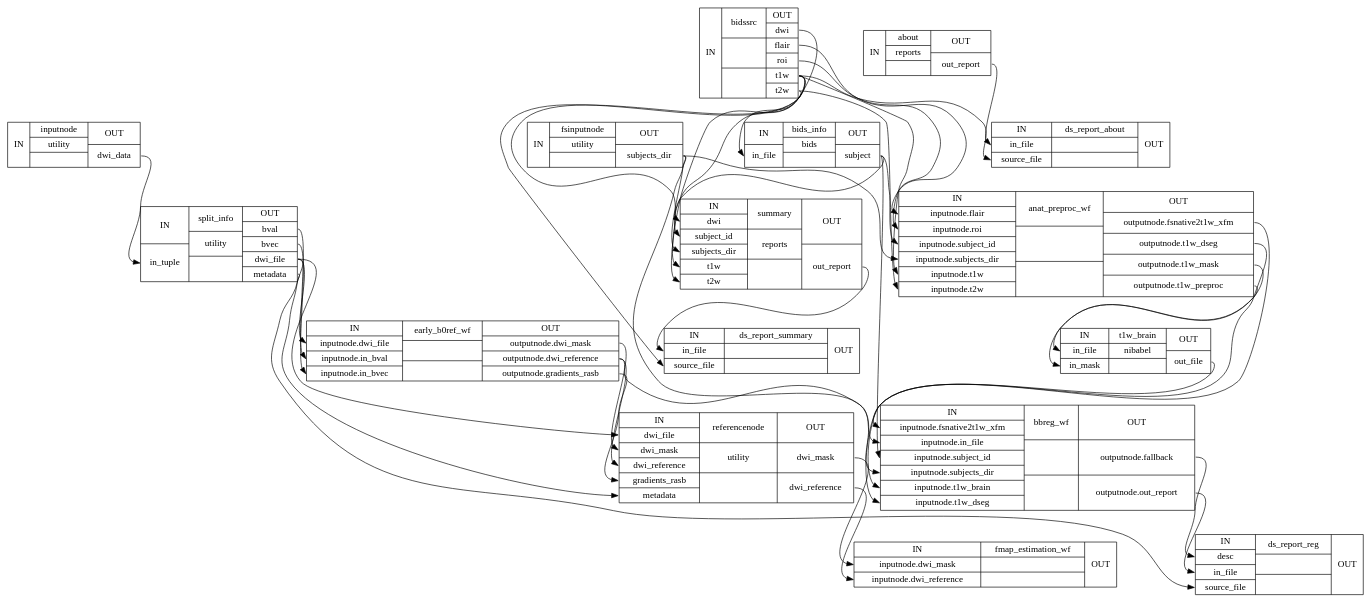
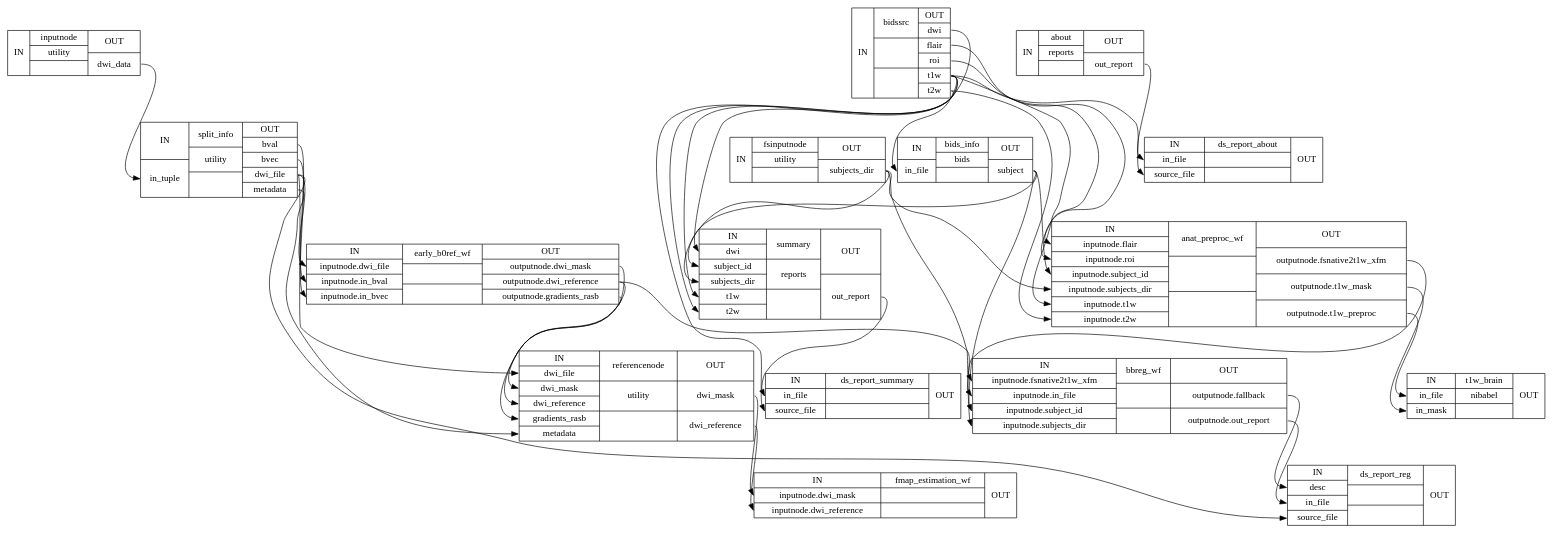
Before and after one commit to nipreps/dmriprep: the diagram in wf_directive/api/single_subject_THP0005_wf/dmriprep-workflows-base-2_detailed.dot, drawn with Graphviz. The commit also changed 283 other files, not shown here.

```diff
--- a/wf_directive/api/single_subject_THP0005_wf/dmriprep-workflows-base-2_detailed.dot
+++ b/wf_directive/api/single_subject_THP0005_wf/dmriprep-workflows-base-2_detailed.dot
@@ -1,57 +1,55 @@
 digraph structs {
 node [shape=record];
 single_subject_THP0005_wfinputnode [label="{IN}|{ inputnode | utility |  }|{OUT|<outdwidata> dwi_data}"];
 single_subject_THP0005_wfsplit_info [label="{IN|<inintuple> in_tuple}|{ split_info | utility |  }|{OUT|<outbval> bval|<outbvec> bvec|<outdwifile> dwi_file|<outmetadata> metadata}"];
 single_subject_THP0005_wfearly_b0ref_wf [label="{IN|<ininputnodedwifile> inputnode.dwi_file|<ininputnodeinbval> inputnode.in_bval|<ininputnodeinbvec> inputnode.in_bvec}|{ early_b0ref_wf |  |  }|{OUT|<outoutputnodedwimask> outputnode.dwi_mask|<outoutputnodedwireference> outputnode.dwi_reference|<outoutputnodegradientsrasb> outputnode.gradients_rasb}"];
 single_subject_THP0005_wfreferencenode [label="{IN|<indwifile> dwi_file|<indwimask> dwi_mask|<indwireference> dwi_reference|<ingradientsrasb> gradients_rasb|<inmetadata> metadata}|{ referencenode | utility |  }|{OUT|<outdwimask> dwi_mask|<outdwireference> dwi_reference}"];
 single_subject_THP0005_wffmap_estimation_wf [label="{IN|<ininputnodedwimask> inputnode.dwi_mask|<ininputnodedwireference> inputnode.dwi_reference}|{ fmap_estimation_wf |  |  }|{OUT}"];
 single_subject_THP0005_wfabout [label="{IN}|{ about | reports |  }|{OUT|<outoutreport> out_report}"];
 single_subject_THP0005_wfbidssrc [label="{IN}|{ bidssrc |  |  }|{OUT|<outdwi> dwi|<outflair> flair|<outroi> roi|<outt1w> t1w|<outt2w> t2w}"];
 single_subject_THP0005_wfds_report_about [label="{IN|<ininfile> in_file|<insourcefile> source_file}|{ ds_report_about |  |  }|{OUT}"];
 single_subject_THP0005_wfbids_info [label="{IN|<ininfile> in_file}|{ bids_info | bids |  }|{OUT|<outsubject> subject}"];
 single_subject_THP0005_wffsinputnode [label="{IN}|{ fsinputnode | utility |  }|{OUT|<outsubjectsdir> subjects_dir}"];
 single_subject_THP0005_wfsummary [label="{IN|<indwi> dwi|<insubjectid> subject_id|<insubjectsdir> subjects_dir|<int1w> t1w|<int2w> t2w}|{ summary | reports |  }|{OUT|<outoutreport> out_report}"];
 single_subject_THP0005_wfds_report_summary [label="{IN|<ininfile> in_file|<insourcefile> source_file}|{ ds_report_summary |  |  }|{OUT}"];
-single_subject_THP0005_wfanat_preproc_wf [label="{IN|<ininputnodeflair> inputnode.flair|<ininputnoderoi> inputnode.roi|<ininputnodesubjectid> inputnode.subject_id|<ininputnodesubjectsdir> inputnode.subjects_dir|<ininputnodet1w> inputnode.t1w|<ininputnodet2w> inputnode.t2w}|{ anat_preproc_wf |  |  }|{OUT|<outoutputnodefsnative2t1wxfm> outputnode.fsnative2t1w_xfm|<outoutputnodet1wdseg> outputnode.t1w_dseg|<outoutputnodet1wmask> outputnode.t1w_mask|<outoutputnodet1wpreproc> outputnode.t1w_preproc}"];
-single_subject_THP0005_wft1w_brain [label="{IN|<ininfile> in_file|<ininmask> in_mask}|{ t1w_brain | nibabel |  }|{OUT|<outoutfile> out_file}"];
-single_subject_THP0005_wfbbreg_wf [label="{IN|<ininputnodefsnative2t1wxfm> inputnode.fsnative2t1w_xfm|<ininputnodeinfile> inputnode.in_file|<ininputnodesubjectid> inputnode.subject_id|<ininputnodesubjectsdir> inputnode.subjects_dir|<ininputnodet1wbrain> inputnode.t1w_brain|<ininputnodet1wdseg> inputnode.t1w_dseg}|{ bbreg_wf |  |  }|{OUT|<outoutputnodefallback> outputnode.fallback|<outoutputnodeoutreport> outputnode.out_report}"];
+single_subject_THP0005_wfanat_preproc_wf [label="{IN|<ininputnodeflair> inputnode.flair|<ininputnoderoi> inputnode.roi|<ininputnodesubjectid> inputnode.subject_id|<ininputnodesubjectsdir> inputnode.subjects_dir|<ininputnodet1w> inputnode.t1w|<ininputnodet2w> inputnode.t2w}|{ anat_preproc_wf |  |  }|{OUT|<outoutputnodefsnative2t1wxfm> outputnode.fsnative2t1w_xfm|<outoutputnodet1wmask> outputnode.t1w_mask|<outoutputnodet1wpreproc> outputnode.t1w_preproc}"];
+single_subject_THP0005_wfbbreg_wf [label="{IN|<ininputnodefsnative2t1wxfm> inputnode.fsnative2t1w_xfm|<ininputnodeinfile> inputnode.in_file|<ininputnodesubjectid> inputnode.subject_id|<ininputnodesubjectsdir> inputnode.subjects_dir}|{ bbreg_wf |  |  }|{OUT|<outoutputnodefallback> outputnode.fallback|<outoutputnodeoutreport> outputnode.out_report}"];
 single_subject_THP0005_wfds_report_reg [label="{IN|<indesc> desc|<ininfile> in_file|<insourcefile> source_file}|{ ds_report_reg |  |  }|{OUT}"];
+single_subject_THP0005_wft1w_brain [label="{IN|<ininfile> in_file|<ininmask> in_mask}|{ t1w_brain | nibabel |  }|{OUT}"];
 single_subject_THP0005_wfabout:outoutreport:e -> single_subject_THP0005_wfds_report_about:ininfile:w;
 single_subject_THP0005_wfanat_preproc_wf:outoutputnodefsnative2t1wxfm:e -> single_subject_THP0005_wfbbreg_wf:ininputnodefsnative2t1wxfm:w;
-single_subject_THP0005_wfanat_preproc_wf:outoutputnodet1wdseg:e -> single_subject_THP0005_wfbbreg_wf:ininputnodet1wdseg:w;
 single_subject_THP0005_wfanat_preproc_wf:outoutputnodet1wmask:e -> single_subject_THP0005_wft1w_brain:ininmask:w;
 single_subject_THP0005_wfanat_preproc_wf:outoutputnodet1wpreproc:e -> single_subject_THP0005_wft1w_brain:ininfile:w;
 single_subject_THP0005_wfbbreg_wf:outoutputnodefallback:e -> single_subject_THP0005_wfds_report_reg:indesc:w;
 single_subject_THP0005_wfbbreg_wf:outoutputnodeoutreport:e -> single_subject_THP0005_wfds_report_reg:ininfile:w;
 single_subject_THP0005_wfbids_info:outsubject:e -> single_subject_THP0005_wfanat_preproc_wf:ininputnodesubjectid:w;
 single_subject_THP0005_wfbids_info:outsubject:e -> single_subject_THP0005_wfbbreg_wf:ininputnodesubjectid:w;
 single_subject_THP0005_wfbids_info:outsubject:e -> single_subject_THP0005_wfsummary:insubjectid:w;
 single_subject_THP0005_wfbidssrc:outdwi:e -> single_subject_THP0005_wfsummary:indwi:w;
 single_subject_THP0005_wfbidssrc:outflair:e -> single_subject_THP0005_wfanat_preproc_wf:ininputnodeflair:w;
 single_subject_THP0005_wfbidssrc:outroi:e -> single_subject_THP0005_wfanat_preproc_wf:ininputnoderoi:w;
 single_subject_THP0005_wfbidssrc:outt1w:e -> single_subject_THP0005_wfanat_preproc_wf:ininputnodet1w:w;
 single_subject_THP0005_wfbidssrc:outt1w:e -> single_subject_THP0005_wfbids_info:ininfile:w;
 single_subject_THP0005_wfbidssrc:outt1w:e -> single_subject_THP0005_wfds_report_about:insourcefile:w;
 single_subject_THP0005_wfbidssrc:outt1w:e -> single_subject_THP0005_wfds_report_summary:insourcefile:w;
 single_subject_THP0005_wfbidssrc:outt1w:e -> single_subject_THP0005_wfsummary:int1w:w;
 single_subject_THP0005_wfbidssrc:outt2w:e -> single_subject_THP0005_wfanat_preproc_wf:ininputnodet2w:w;
 single_subject_THP0005_wfbidssrc:outt2w:e -> single_subject_THP0005_wfsummary:int2w:w;
 single_subject_THP0005_wfearly_b0ref_wf:outoutputnodedwimask:e -> single_subject_THP0005_wfreferencenode:indwimask:w;
 single_subject_THP0005_wfearly_b0ref_wf:outoutputnodedwireference:e -> single_subject_THP0005_wfbbreg_wf:ininputnodeinfile:w;
 single_subject_THP0005_wfearly_b0ref_wf:outoutputnodedwireference:e -> single_subject_THP0005_wfreferencenode:indwireference:w;
 single_subject_THP0005_wfearly_b0ref_wf:outoutputnodegradientsrasb:e -> single_subject_THP0005_wfreferencenode:ingradientsrasb:w;
 single_subject_THP0005_wffsinputnode:outsubjectsdir:e -> single_subject_THP0005_wfanat_preproc_wf:ininputnodesubjectsdir:w;
 single_subject_THP0005_wffsinputnode:outsubjectsdir:e -> single_subject_THP0005_wfbbreg_wf:ininputnodesubjectsdir:w;
 single_subject_THP0005_wffsinputnode:outsubjectsdir:e -> single_subject_THP0005_wfsummary:insubjectsdir:w;
 single_subject_THP0005_wfinputnode:outdwidata:e -> single_subject_THP0005_wfsplit_info:inintuple:w;
 single_subject_THP0005_wfreferencenode:outdwimask:e -> single_subject_THP0005_wffmap_estimation_wf:ininputnodedwimask:w;
 single_subject_THP0005_wfreferencenode:outdwireference:e -> single_subject_THP0005_wffmap_estimation_wf:ininputnodedwireference:w;
 single_subject_THP0005_wfsplit_info:outbval:e -> single_subject_THP0005_wfearly_b0ref_wf:ininputnodeinbval:w;
 single_subject_THP0005_wfsplit_info:outbvec:e -> single_subject_THP0005_wfearly_b0ref_wf:ininputnodeinbvec:w;
 single_subject_THP0005_wfsplit_info:outdwifile:e -> single_subject_THP0005_wfds_report_reg:insourcefile:w;
 single_subject_THP0005_wfsplit_info:outdwifile:e -> single_subject_THP0005_wfearly_b0ref_wf:ininputnodedwifile:w;
 single_subject_THP0005_wfsplit_info:outdwifile:e -> single_subject_THP0005_wfreferencenode:indwifile:w;
 single_subject_THP0005_wfsplit_info:outmetadata:e -> single_subject_THP0005_wfreferencenode:inmetadata:w;
 single_subject_THP0005_wfsummary:outoutreport:e -> single_subject_THP0005_wfds_report_summary:ininfile:w;
-single_subject_THP0005_wft1w_brain:outoutfile:e -> single_subject_THP0005_wfbbreg_wf:ininputnodet1wbrain:w;
 }
```
